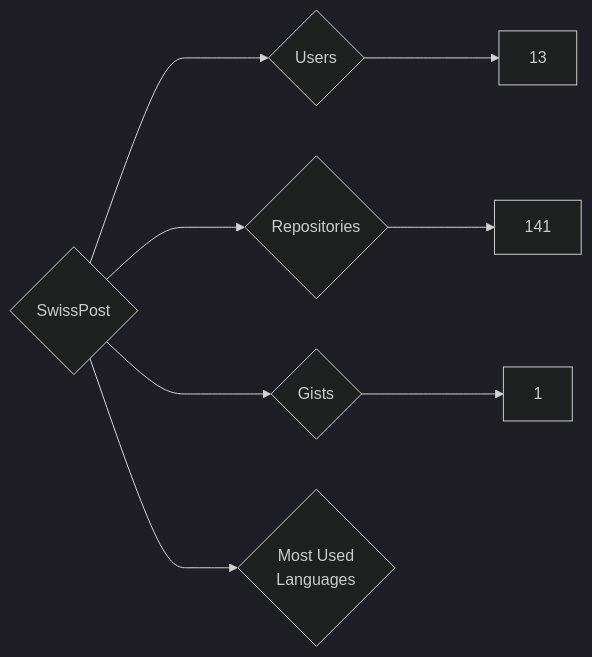
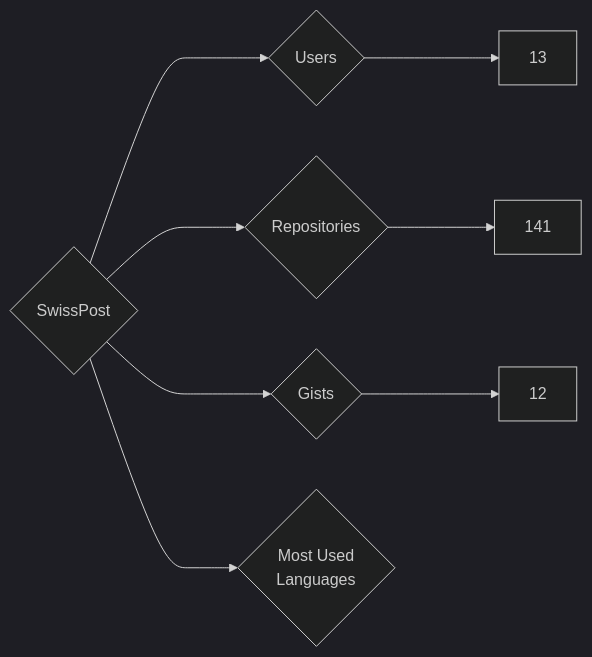
The diagram in targets/SwissPost/README.md (nenadzaric/insiders), drawn with Mermaid (dark theme) before and after one commit. The commit also changed 1342 other files, not shown here.

````diff
--- a/targets/SwissPost/README.md
+++ b/targets/SwissPost/README.md
@@ -3,8 +3,8 @@
 ```mermaid
 graph LR
 COMPANY_NAME{SwissPost}
 COMPANY_NAME ---> U{Users} ---> UN[13]
 COMPANY_NAME ---> R{Repositories} ---> RN[141]
-COMPANY_NAME ---> G{Gists} ---> GN[1]
+COMPANY_NAME ---> G{Gists} ---> GN[12]
 COMPANY_NAME ---> ML{Most Used<br>Languages}
 ```
````
